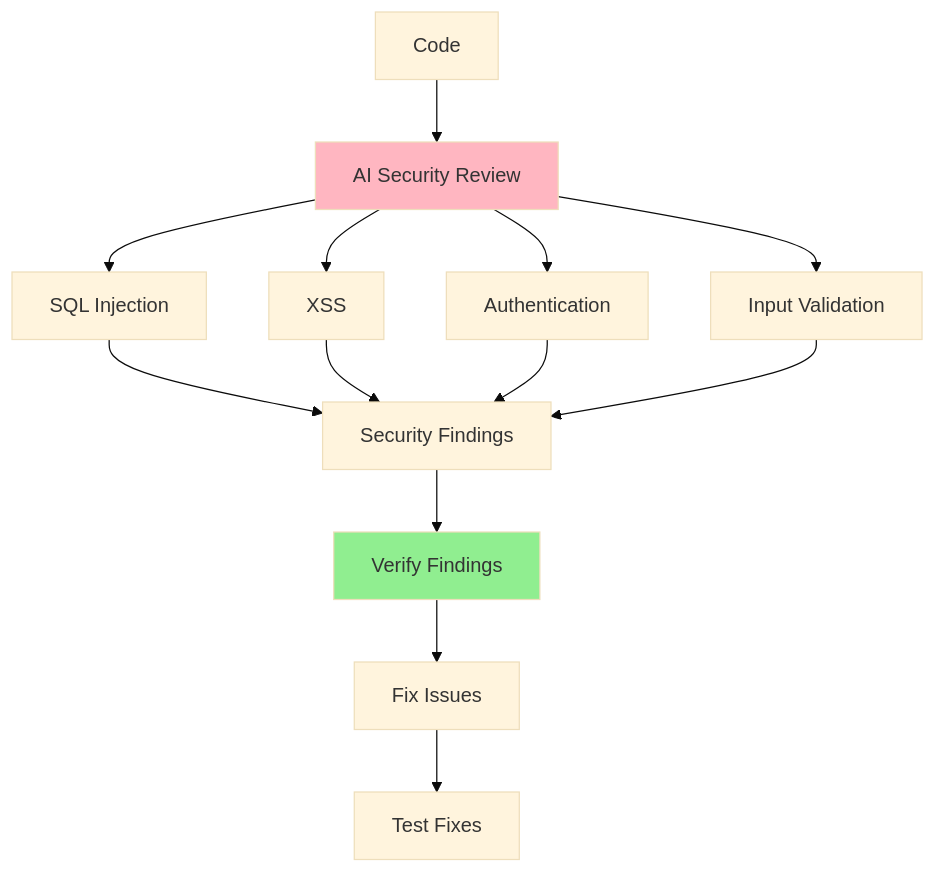
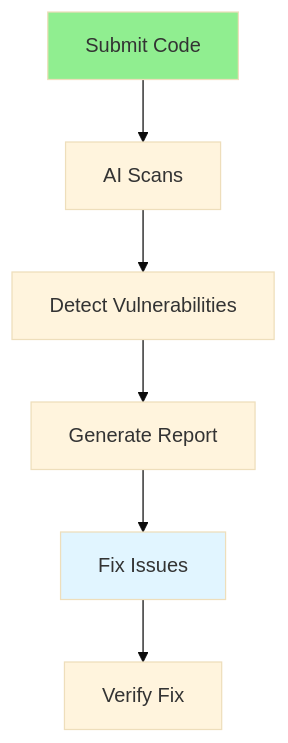
One commit to iouthnamain/tech-note changed the diagram in Full-Stack-Guides/Group-05-AI-Assisted-Coding/05.05_AI_Security_Check.md. Above: the diagram before and after it, drawn with Mermaid (base theme). The commit also changed other lines of this file and 480 other files, not shown here.

````diff
--- a/Full-Stack-Guides/Group-05-AI-Assisted-Coding/05.05_AI_Security_Check.md
+++ b/Full-Stack-Guides/Group-05-AI-Assisted-Coding/05.05_AI_Security_Check.md
@@ -22,20 +22,11 @@
 ```mermaid
 flowchart TD
-    Code[Code] --> Review[AI Security Review]
-    Review --> SQL[SQL Injection]
-    Review --> XSS[XSS]
-    Review --> Auth[Authentication]
-    Review --> Input[Input Validation]
+    Code[Submit Code] --> Scan[AI Scans]
+    Scan --> Vulnerabilities[Detect Vulnerabilities]
+    Vulnerabilities --> Report[Generate Report]
+    Report --> Fix[Fix Issues]
+    Fix --> Verify[Verify Fix]
     
-    SQL --> Findings[Security Findings]
-    XSS --> Findings
-    Auth --> Findings
-    Input --> Findings
-    
-    Findings --> Verify[Verify Findings]
-    Verify --> Fix[Fix Issues]
-    Fix --> Test[Test Fixes]
-    
-    style Review fill:#FFB6C1
-    style Verify fill:#90EE90
+    style Code fill:#90EE90
+    style Fix fill:#e1f5ff
 ```
````
